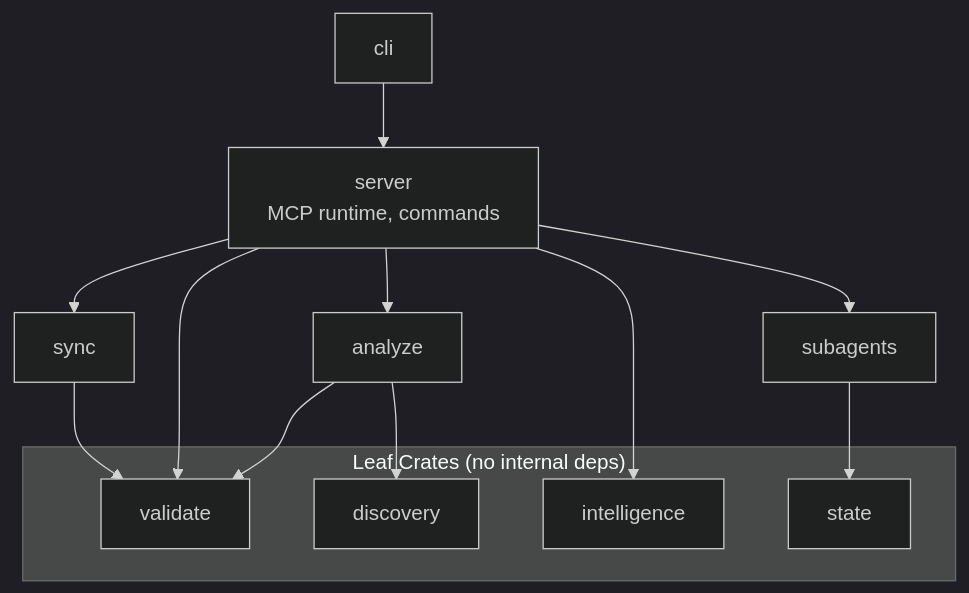
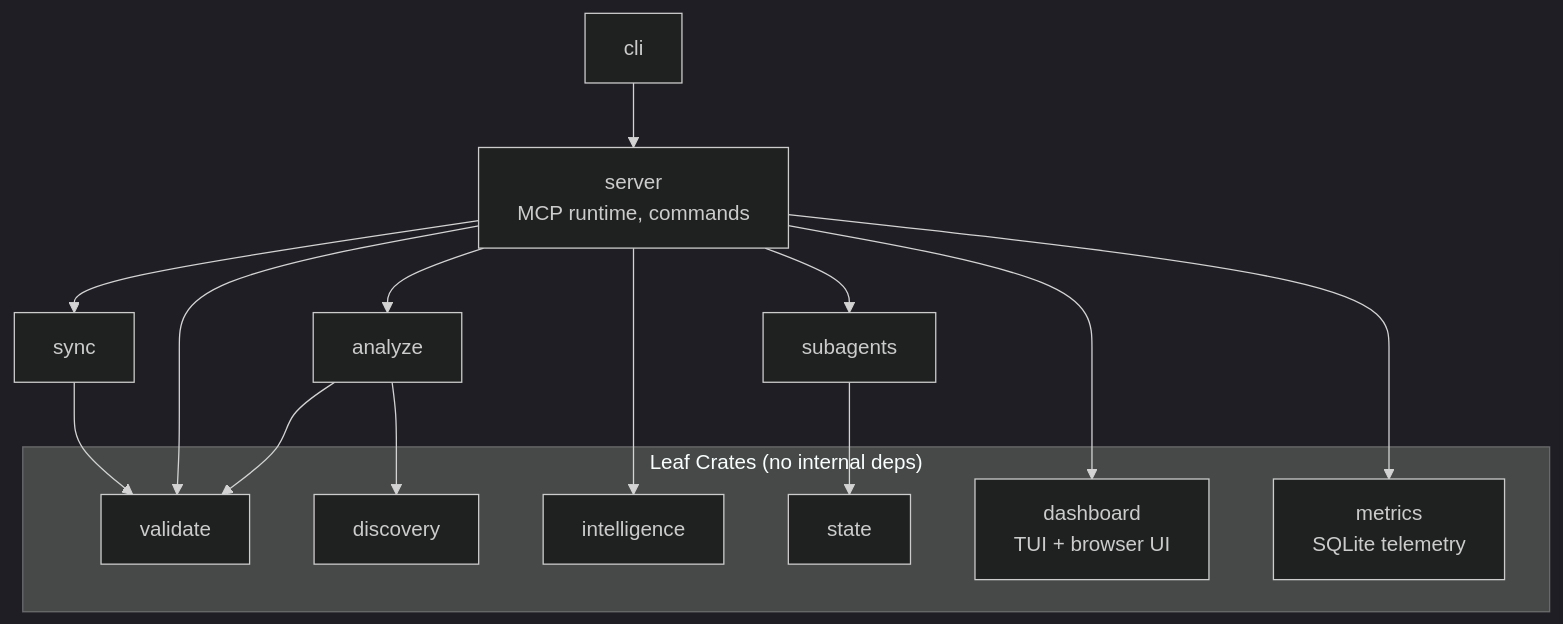
One commit to athola/skrills changed the second of 2 diagrams in docs/architecture.md. Above: the diagram before and after it, drawn with Mermaid (dark theme). The commit also changed other lines of this file and 18 other files, not shown here.

````diff
--- a/docs/architecture.md
+++ b/docs/architecture.md
@@ -22,20 +22,24 @@
 ```mermaid
 graph TD
     cli[cli] --> server[server<br/>MCP runtime, commands]
     server --> sync[sync]
     server --> validate[validate]
     server --> analyze[analyze]
     server --> intelligence[intelligence]
     server --> subagents[subagents]
+    server --> dashboard[dashboard<br/>TUI + browser UI]
+    server --> metrics[metrics<br/>SQLite telemetry]
     sync --> validate
     analyze --> validate
     analyze --> discovery
     subagents --> state[state]
 
     subgraph leaf["Leaf Crates (no internal deps)"]
         discovery[discovery]
         intelligence
         state
         validate
+        metrics
+        dashboard
     end
 ```
````
